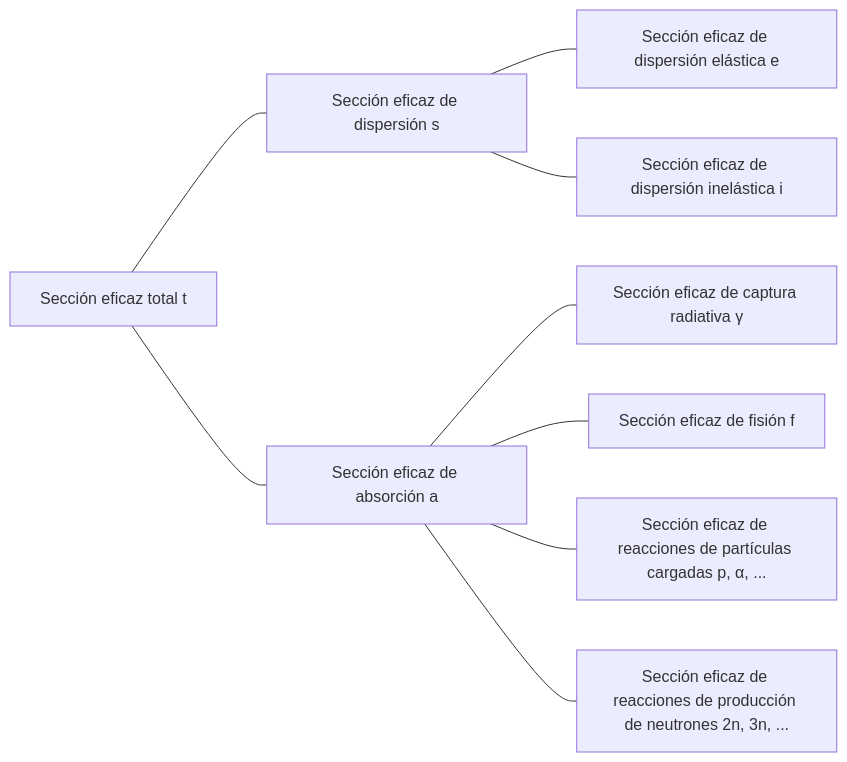
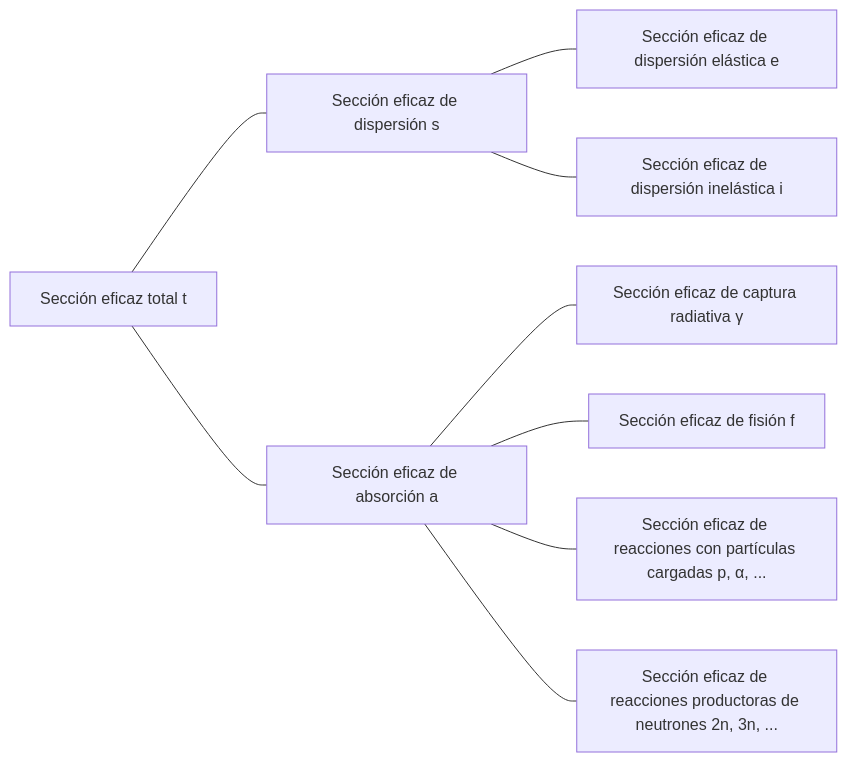
One commit to yunseo-kim/yunseo-kim.github.io changed the diagram in _posts/es/2022-03-19-Neutron-Interactions-and-Cross-sections.md. Above: the diagram before and after it, drawn with Mermaid. The commit also changed other lines of this file and 8 other files, not shown here.

````diff
--- a/_posts/es/2022-03-19-Neutron-Interactions-and-Cross-sections.md
+++ b/_posts/es/2022-03-19-Neutron-Interactions-and-Cross-sections.md
@@ -78,13 +44,13 @@
 ```mermaid
 flowchart LR
 	total["Sección eficaz total t"] --- s["Sección eficaz de dispersión s"]
 	total --- a["Sección eficaz de absorción a"]
 
 	s --- e["Sección eficaz de dispersión elástica e"]
 	s --- i["Sección eficaz de dispersión inelástica i"]
 
 	a --- gamma["Sección eficaz de captura radiativa γ"]
 	a --- f["Sección eficaz de fisión f"]
-	a --- p["Sección eficaz de reacciones de partículas cargadas p, α, ..."]
-	a --- n["Sección eficaz de reacciones de producción de neutrones 2n, 3n, ..."]
+	a --- p["Sección eficaz de reacciones con partículas cargadas p, α, ..."]
+	a --- n["Sección eficaz de reacciones productoras de neutrones 2n, 3n, ..."]
 ```
````
